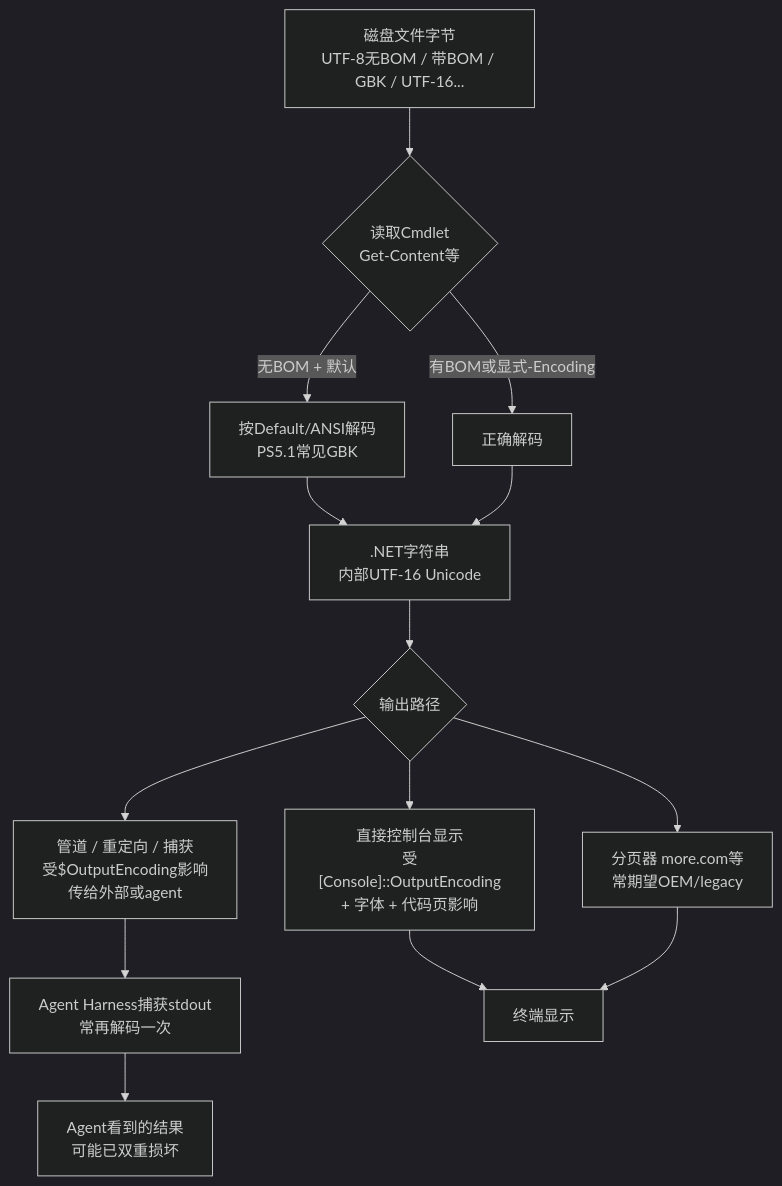
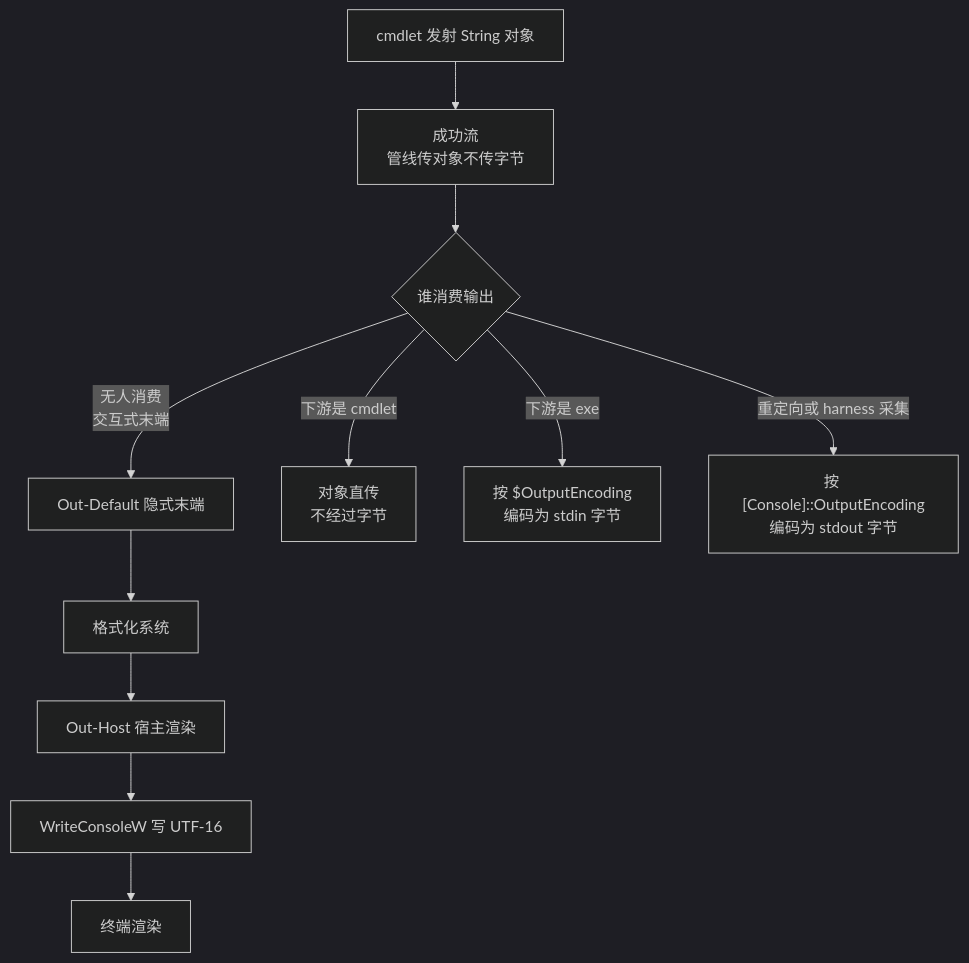
The second of 3 diagrams in Code/ai/powershell编码和乱码问题指南/powershell@编码和乱码问题.md (xuchaoxin1375/blogs), drawn with Mermaid (dark theme) before and after one commit. The commit also changed other lines of this file and 8 other files, not shown here.

````diff
--- a/Code/ai/powershell编码和乱码问题指南/powershell@编码和乱码问题.md
+++ b/Code/ai/powershell编码和乱码问题指南/powershell@编码和乱码问题.md
@@ -17,16 +87,13 @@
 ```mermaid
 flowchart TD
-    A[磁盘文件字节<br/>UTF-8无BOM / 带BOM / GBK / UTF-16...] --> B{读取Cmdlet<br/>Get-Content等}
-    B -->|无BOM + 默认| C[按Default/ANSI解码<br/>PS5.1常见GBK]
-    B -->|有BOM或显式-Encoding| D[正确解码]
-    C --> E[.NET字符串<br/>内部UTF-16 Unicode]
-    D --> E
-    E --> F{输出路径}
-    F --> G["直接控制台显示<br/>受[Console]::OutputEncoding<br/>+ 字体 + 代码页影响"]
-    F --> H["管道 / 重定向 / 捕获<br/>受$OutputEncoding影响<br/>传给外部或agent"]
-    F --> I[分页器 more.com等<br/>常期望OEM/legacy]
-    H --> J[Agent Harness捕获stdout<br/>常再解码一次]
-    G --> K[终端显示]
-    I --> K
-    J --> L[Agent看到的结果<br/>可能已双重损坏]
+    A["cmdlet 发射 String 对象"] --> B["成功流<br/>管线传对象不传字节"]
+    B --> C{"谁消费输出"}
+    C -->|"无人消费<br/>交互式末端"| D["Out-Default 隐式末端"]
+    D --> E["格式化系统"]
+    E --> F["Out-Host 宿主渲染"]
+    F --> G["WriteConsoleW 写 UTF-16"]
+    G --> H["终端渲染"]
+    C -->|"下游是 cmdlet"| I["对象直传<br/>不经过字节"]
+    C -->|"下游是 exe"| J["按 $OutputEncoding<br/>编码为 stdin 字节"]
+    C -->|"重定向或 harness 采集"| K["按 [Console]::OutputEncoding<br/>编码为 stdout 字节"]
 ```
````
